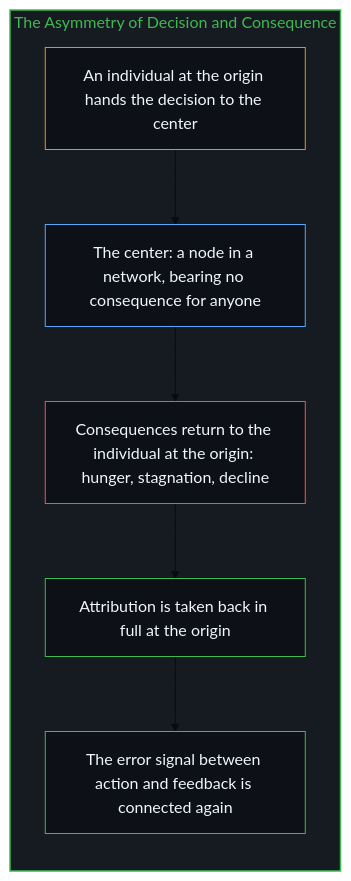
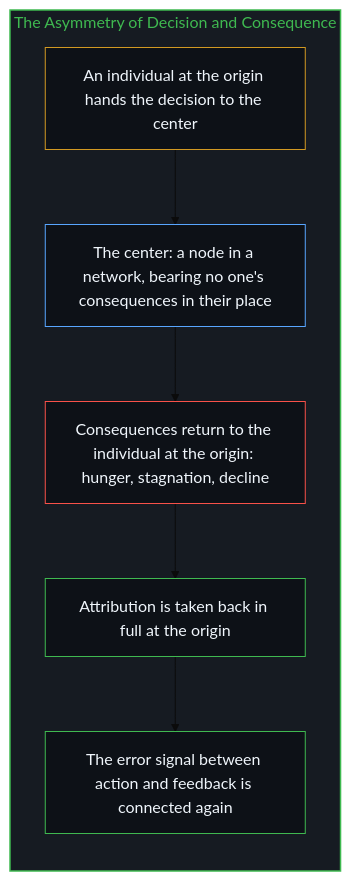
The tenth of 12 diagrams in content/posts/the-power-law-of-surrendered-agency.md (powerpig99/not-a-toe), drawn with Mermaid (base theme) before and after one commit. The commit also changed other lines of this file and 13 other files, not shown here.

````diff
--- a/content/posts/the-power-law-of-surrendered-agency.md
+++ b/content/posts/the-power-law-of-surrendered-agency.md
@@ -275,21 +275,21 @@
 ```mermaid
 flowchart TD
     subgraph S_Asym["The Asymmetry of Decision and Consequence"]
         direction TB
         Give["An individual at the origin hands the decision to the center"]
-        Node["The center: a node in a network, bearing no consequence for anyone"]
+        Node["The center: a node in a network, bearing no one's consequences in their place"]
         Return["Consequences return to the individual at the origin: hunger, stagnation, decline"]
         Reclaim["Attribution is taken back in full at the origin"]
         Signal["The error signal between action and feedback is connected again"]
         Give --> Node
         Node --> Return
         Return --> Reclaim
         Reclaim --> Signal
     end
     style S_Asym fill:#161b22,stroke:#3fb950,stroke-width:1.5px,color:#3fb950
     style Give fill:#0d1117,stroke:#d29922,stroke-width:1px,color:#f0f6fc
     style Node fill:#0d1117,stroke:#58a6ff,stroke-width:1px,color:#f0f6fc
     style Return fill:#0d1117,stroke:#f85149,stroke-width:1px,color:#f0f6fc
     style Reclaim fill:#0d1117,stroke:#3fb950,stroke-width:1px,color:#f0f6fc
     style Signal fill:#0d1117,stroke:#3fb950,stroke-width:1px,color:#f0f6fc
 ```
````
